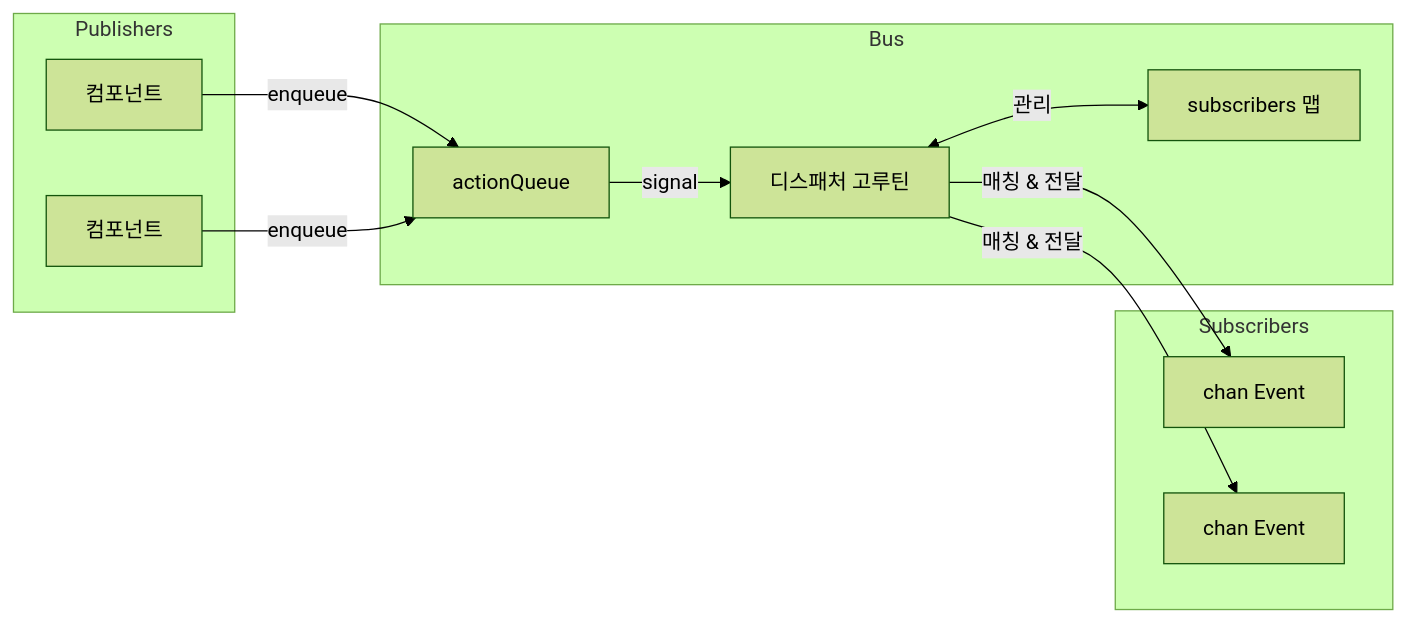
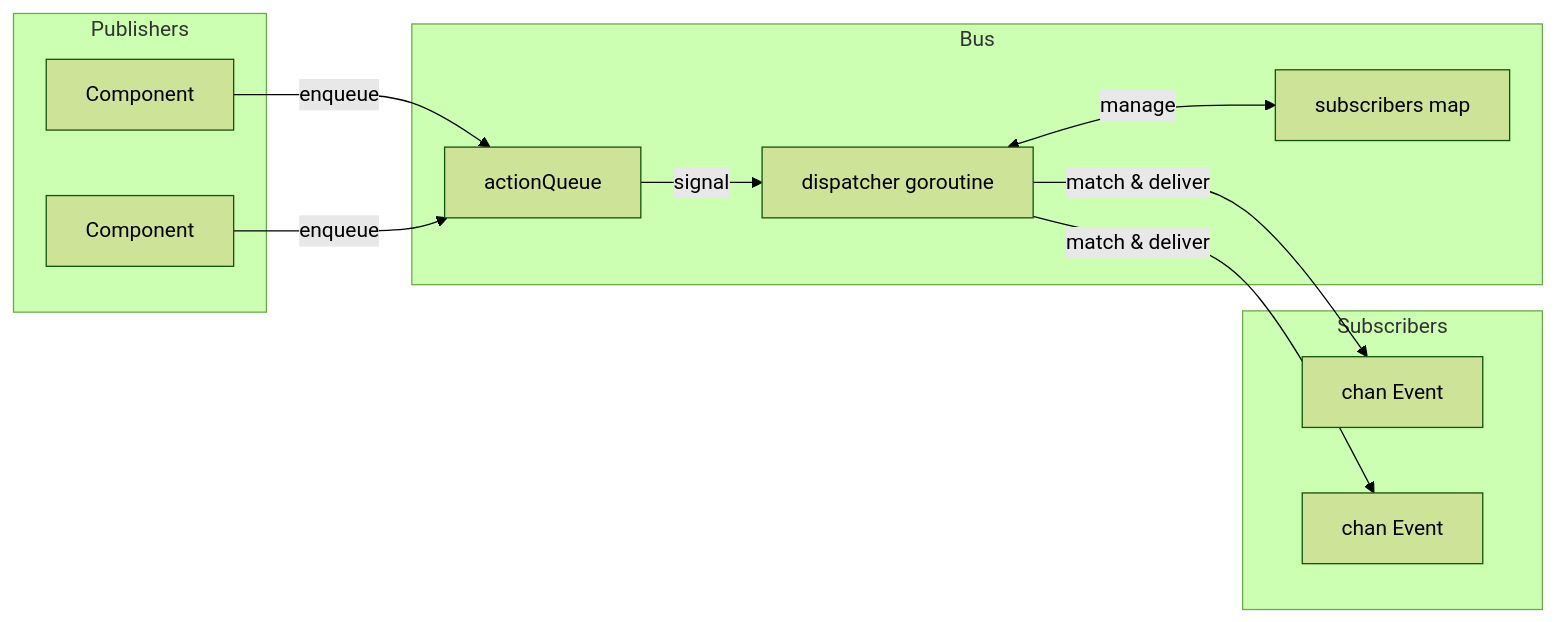
The diagram in ko/internals/events.md (wippyai/docs), drawn with Mermaid (forest theme) before and after one commit. The commit also changed other lines of this file and 870 other files, not shown here.

````diff
--- a/ko/internals/events.md
+++ b/ko/internals/events.md
@@ -23,23 +26,23 @@
 ```mermaid
 flowchart LR
     subgraph Publishers
-        P1[컴포넌트]
-        P2[컴포넌트]
+        P1[Component]
+        P2[Component]
     end
 
     subgraph Bus
         Q[actionQueue]
-        D[디스패처 고루틴]
-        S[subscribers 맵]
+        D[dispatcher goroutine]
+        S[subscribers map]
     end
 
     subgraph Subscribers
         S1[chan Event]
         S2[chan Event]
     end
 
     P1 & P2 -->|enqueue| Q
     Q -->|signal| D
-    D -->|매칭 & 전달| S1 & S2
-    D <-->|관리| S
+    D -->|match & deliver| S1 & S2
+    D <-->|manage| S
 ```
````
